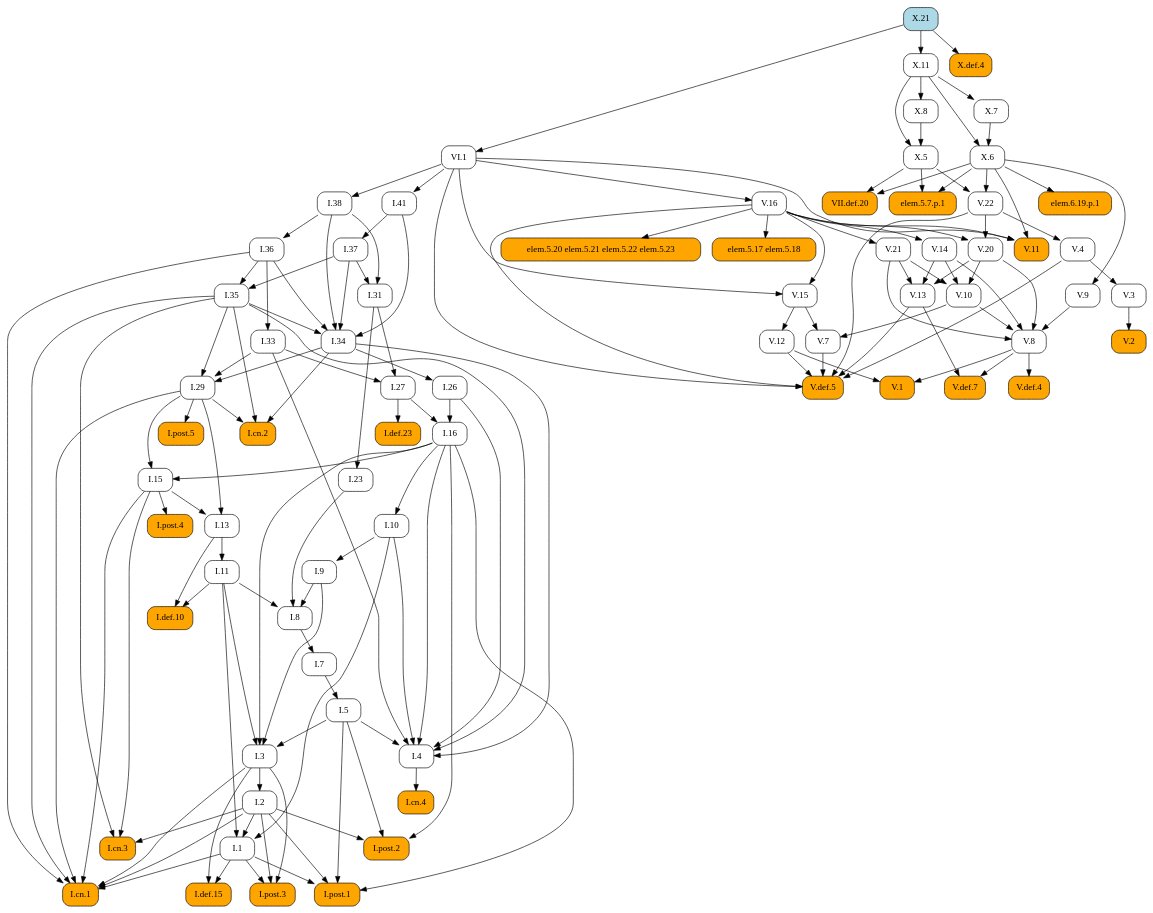
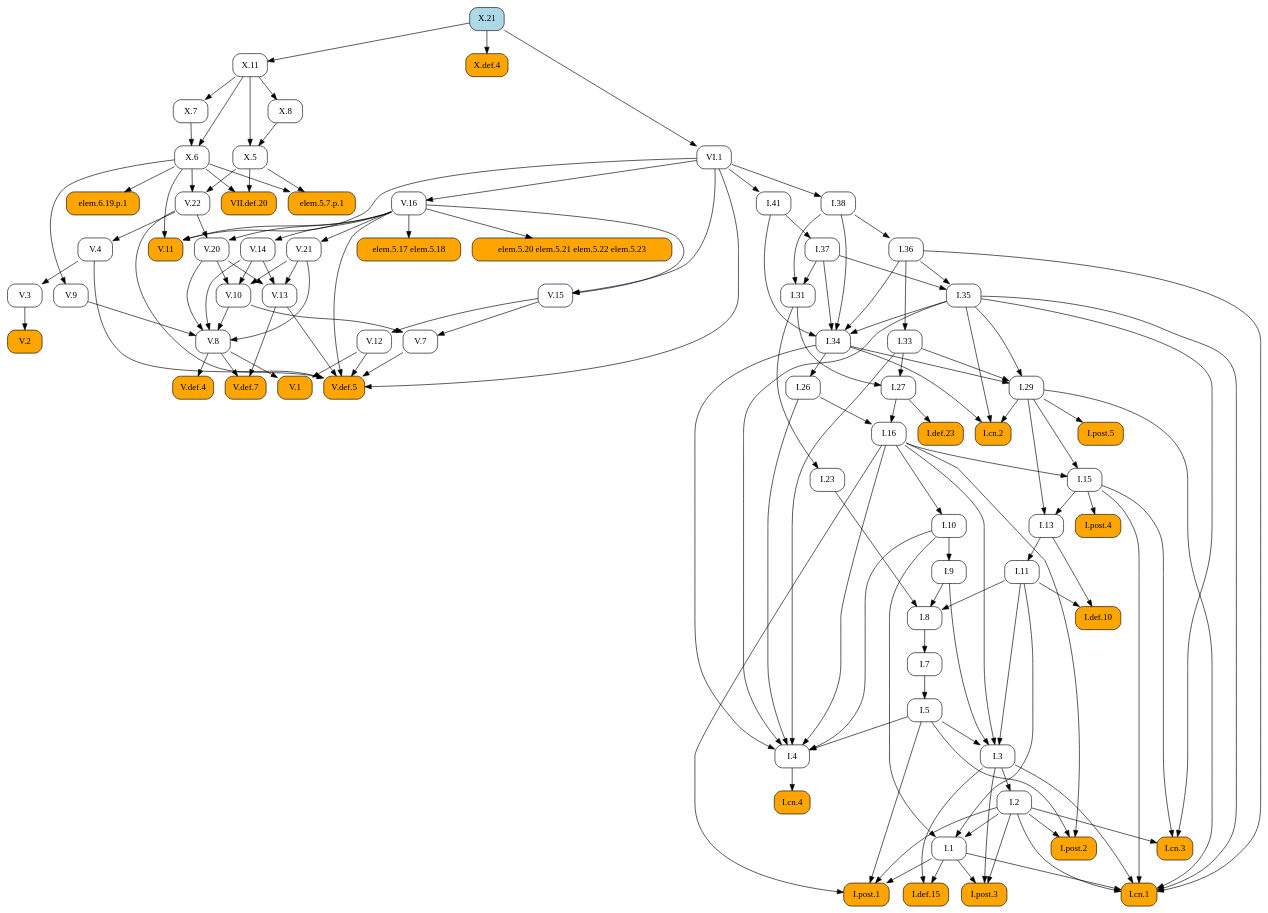
One commit to geometor/elements changed the diagram in docsrc/heath/X/21/index.rst. Above: the diagram before and after it, drawn with Graphviz. The commit also changed other lines of this file and 1029 other files, not shown here.

```diff
--- a/docsrc/heath/X/21/index.rst
+++ b/docsrc/heath/X/21/index.rst
@@ -53,115 +53,187 @@
    digraph {
      rankdir="TB";
      node [shape=box, style=rounded];
+     "I.def.10" [style="rounded,filled", fillcolor=orange, URL="/heath/I/def.10/", target="_top"];
+     "I.11" [URL="/heath/I/11/", target="_top"];
+     "I.post.4" [style="rounded,filled", fillcolor=orange, URL="/heath/I/post.4/", target="_top"];
+     "I.1" [URL="/heath/I/1/", target="_top"];
+     "V.def.5" [style="rounded,filled", fillcolor=orange, URL="/heath/V/def.5/", target="_top"];
+     "V.13" [URL="/heath/V/13/", target="_top"];
+     "V.11" [style="rounded,filled", fillcolor=orange, URL="/heath/V/11/", target="_top"];
+     "I.post.3" [style="rounded,filled", fillcolor=orange, URL="/heath/I/post.3/", target="_top"];
+     "VI.1" [URL="/heath/VI/1/", target="_top"];
+     "I.cn.3" [style="rounded,filled", fillcolor=orange, URL="/heath/I/cn.3/", target="_top"];
+     "V.16" [URL="/heath/V/16/", target="_top"];
+     "V.3" [URL="/heath/V/3/", target="_top"];
+     "X.7" [URL="/heath/X/7/", target="_top"];
+     "I.41" [URL="/heath/I/41/", target="_top"];
+     "I.36" [URL="/heath/I/36/", target="_top"];
+     "I.27" [URL="/heath/I/27/", target="_top"];
+     "V.8" [URL="/heath/V/8/", target="_top"];
+     "I.37" [URL="/heath/I/37/", target="_top"];
+     "I.34" [URL="/heath/I/34/", target="_top"];
+     "I.2" [URL="/heath/I/2/", target="_top"];
+     "I.def.23" [style="rounded,filled", fillcolor=orange, URL="/heath/I/def.23/", target="_top"];
+     "I.33" [URL="/heath/I/33/", target="_top"];
+     "I.post.2" [style="rounded,filled", fillcolor=orange, URL="/heath/I/post.2/", target="_top"];
+     "X.21" [style="rounded,filled", fillcolor=lightblue, URL="/heath/X/21/", target="_top"];
+     "elem.5.20 elem.5.21 elem.5.22 elem.5.23" [style="rounded,filled", fillcolor=orange];
+     "I.9" [URL="/heath/I/9/", target="_top"];
+     "X.def.4" [style="rounded,filled", fillcolor=orange, URL="/heath/X/def.4/", target="_top"];
+     "I.cn.4" [style="rounded,filled", fillcolor=orange, URL="/heath/I/cn.4/", target="_top"];
+     "V.def.4" [style="rounded,filled", fillcolor=orange, URL="/heath/V/def.4/", target="_top"];
+     "I.15" [URL="/heath/I/15/", target="_top"];
+     "I.38" [URL="/heath/I/38/", target="_top"];
+     "V.def.7" [style="rounded,filled", fillcolor=orange, URL="/heath/V/def.7/", target="_top"];
+     "VII.def.20" [style="rounded,filled", fillcolor=orange, URL="/heath/VII/def.20/", target="_top"];
+     "I.5" [URL="/heath/I/5/", target="_top"];
+     "V.21" [URL="/heath/V/21/", target="_top"];
+     "I.26" [URL="/heath/I/26/", target="_top"];
+     "V.14" [URL="/heath/V/14/", target="_top"];
+     "I.29" [URL="/heath/I/29/", target="_top"];
+     "V.12" [URL="/heath/V/12/", target="_top"];
+     "V.22" [URL="/heath/V/22/", target="_top"];
+     "I.cn.2" [style="rounded,filled", fillcolor=orange, URL="/heath/I/cn.2/", target="_top"];
+     "X.6" [URL="/heath/X/6/", target="_top"];
+     "X.8" [URL="/heath/X/8/", target="_top"];
+     "V.20" [URL="/heath/V/20/", target="_top"];
+     "V.10" [URL="/heath/V/10/", target="_top"];
+     "I.def.15" [style="rounded,filled", fillcolor=orange, URL="/heath/I/def.15/", target="_top"];
+     "V.15" [URL="/heath/V/15/", target="_top"];
+     "I.cn.1" [style="rounded,filled", fillcolor=orange, URL="/heath/I/cn.1/", target="_top"];
+     "V.7" [URL="/heath/V/7/", target="_top"];
+     "V.9" [URL="/heath/V/9/", target="_top"];
+     "I.23" [URL="/heath/I/23/", target="_top"];
+     "I.post.1" [style="rounded,filled", fillcolor=orange, URL="/heath/I/post.1/", target="_top"];
+     "elem.6.19.p.1" [style="rounded,filled", fillcolor=orange];
+     "I.35" [URL="/heath/I/35/", target="_top"];
+     "I.7" [URL="/heath/I/7/", target="_top"];
+     "I.3" [URL="/heath/I/3/", target="_top"];
+     "I.4" [URL="/heath/I/4/", target="_top"];
+     "I.13" [URL="/heath/I/13/", target="_top"];
+     "V.4" [URL="/heath/V/4/", target="_top"];
+     "elem.5.7.p.1" [style="rounded,filled", fillcolor=orange];
+     "I.31" [URL="/heath/I/31/", target="_top"];
      "V.1" [style="rounded,filled", fillcolor=orange, URL="/heath/V/1/", target="_top"];
-     "X.7" [URL="/heath/X/7/", target="_top"];
-     "I.29" [URL="/heath/I/29/", target="_top"];
-     "I.7" [URL="/heath/I/7/", target="_top"];
-     "I.27" [URL="/heath/I/27/", target="_top"];
-     "I.def.23" [style="rounded,filled", fillcolor=orange, URL="/heath/I/def.23/", target="_top"];
-     "V.20" [URL="/heath/V/20/", target="_top"];
-     "I.34" [URL="/heath/I/34/", target="_top"];
+     "I.16" [URL="/heath/I/16/", target="_top"];
+     "elem.5.17 elem.5.18" [style="rounded,filled", fillcolor=orange];
+     "X.5" [URL="/heath/X/5/", target="_top"];
+     "X.11" [URL="/heath/X/11/", target="_top"];
      "I.8" [URL="/heath/I/8/", target="_top"];
      "V.2" [style="rounded,filled", fillcolor=orange, URL="/heath/V/2/", target="_top"];
-     "I.9" [URL="/heath/I/9/", target="_top"];
-     "V.22" [URL="/heath/V/22/", target="_top"];
-     "elem.5.7.p.1" [style="rounded,filled", fillcolor=orange];
-     "I.post.4" [style="rounded,filled", fillcolor=orange, URL="/heath/I/post.4/", target="_top"];
-     "I.2" [URL="/heath/I/2/", target="_top"];
-     "V.4" [URL="/heath/V/4/", target="_top"];
-     "I.cn.4" [style="rounded,filled", fillcolor=orange, URL="/heath/I/cn.4/", target="_top"];
-     "X.8" [URL="/heath/X/8/", target="_top"];
-     "elem.5.20 elem.5.21 elem.5.22 elem.5.23" [style="rounded,filled", fillcolor=orange];
-     "I.23" [URL="/heath/I/23/", target="_top"];
-     "I.13" [URL="/heath/I/13/", target="_top"];
-     "I.5" [URL="/heath/I/5/", target="_top"];
-     "I.11" [URL="/heath/I/11/", target="_top"];
-     "X.6" [URL="/heath/X/6/", target="_top"];
-     "I.4" [URL="/heath/I/4/", target="_top"];
-     "I.def.10" [style="rounded,filled", fillcolor=orange, URL="/heath/I/def.10/", target="_top"];
-     "I.post.3" [style="rounded,filled", fillcolor=orange, URL="/heath/I/post.3/", target="_top"];
-     "V.9" [URL="/heath/V/9/", target="_top"];
-     "elem.5.17 elem.5.18" [style="rounded,filled", fillcolor=orange];
-     "V.3" [URL="/heath/V/3/", target="_top"];
-     "I.36" [URL="/heath/I/36/", target="_top"];
-     "V.12" [URL="/heath/V/12/", target="_top"];
-     "I.15" [URL="/heath/I/15/", target="_top"];
-     "I.41" [URL="/heath/I/41/", target="_top"];
-     "V.def.5" [style="rounded,filled", fillcolor=orange, URL="/heath/V/def.5/", target="_top"];
-     "I.cn.3" [style="rounded,filled", fillcolor=orange, URL="/heath/I/cn.3/", target="_top"];
-     "I.38" [URL="/heath/I/38/", target="_top"];
-     "V.16" [URL="/heath/V/16/", target="_top"];
-     "V.15" [URL="/heath/V/15/", target="_top"];
-     "V.def.4" [style="rounded,filled", fillcolor=orange, URL="/heath/V/def.4/", target="_top"];
-     "V.21" [URL="/heath/V/21/", target="_top"];
-     "V.8" [URL="/heath/V/8/", target="_top"];
-     "V.7" [URL="/heath/V/7/", target="_top"];
-     "I.1" [URL="/heath/I/1/", target="_top"];
-     "I.def.15" [style="rounded,filled", fillcolor=orange, URL="/heath/I/def.15/", target="_top"];
-     "V.13" [URL="/heath/V/13/", target="_top"];
-     "I.post.1" [style="rounded,filled", fillcolor=orange, URL="/heath/I/post.1/", target="_top"];
-     "X.5" [URL="/heath/X/5/", target="_top"];
-     "VII.def.20" [style="rounded,filled", fillcolor=orange, URL="/heath/VII/def.20/", target="_top"];
-     "elem.6.19.p.1" [style="rounded,filled", fillcolor=orange];
-     "I.26" [URL="/heath/I/26/", target="_top"];
-     "I.33" [URL="/heath/I/33/", target="_top"];
-     "X.11" [URL="/heath/X/11/", target="_top"];
-     "V.def.7" [style="rounded,filled", fillcolor=orange, URL="/heath/V/def.7/", target="_top"];
-     "I.cn.2" [style="rounded,filled", fillcolor=orange, URL="/heath/I/cn.2/", target="_top"];
-     "V.10" [URL="/heath/V/10/", target="_top"];
+     "I.post.5" [style="rounded,filled", fillcolor=orange, URL="/heath/I/post.5/", target="_top"];
      "I.10" [URL="/heath/I/10/", target="_top"];
-     "X.21" [style="rounded,filled", fillcolor=lightblue, URL="/heath/X/21/", target="_top"];
-     "I.3" [URL="/heath/I/3/", target="_top"];
-     "I.16" [URL="/heath/I/16/", target="_top"];
-     "I.31" [URL="/heath/I/31/", target="_top"];
-     "V.11" [style="rounded,filled", fillcolor=orange, URL="/heath/V/11/", target="_top"];
-     "I.post.2" [style="rounded,filled", fillcolor=orange, URL="/heath/I/post.2/", target="_top"];
-     "X.def.4" [style="rounded,filled", fillcolor=orange, URL="/heath/X/def.4/", target="_top"];
-     "VI.1" [URL="/heath/VI/1/", target="_top"];
-     "I.post.5" [style="rounded,filled", fillcolor=orange, URL="/heath/I/post.5/", target="_top"];
-     "I.35" [URL="/heath/I/35/", target="_top"];
-     "I.cn.1" [style="rounded,filled", fillcolor=orange, URL="/heath/I/cn.1/", target="_top"];
-     "I.37" [URL="/heath/I/37/", target="_top"];
-     "V.14" [URL="/heath/V/14/", target="_top"];
-     "V.8" -> "V.1";
-     "V.12" -> "V.1";
+     "I.11" -> "I.def.10";
+     "I.13" -> "I.def.10";
+     "I.13" -> "I.11";
+     "I.15" -> "I.post.4";
+     "I.2" -> "I.1";
+     "I.10" -> "I.1";
+     "I.11" -> "I.1";
+     "V.4" -> "V.def.5";
+     "V.7" -> "V.def.5";
+     "V.12" -> "V.def.5";
+     "V.13" -> "V.def.5";
+     "V.16" -> "V.def.5";
+     "V.22" -> "V.def.5";
+     "VI.1" -> "V.def.5";
+     "V.14" -> "V.13";
+     "V.20" -> "V.13";
+     "V.21" -> "V.13";
+     "V.16" -> "V.11";
+     "VI.1" -> "V.11";
+     "X.6" -> "V.11";
+     "I.1" -> "I.post.3";
+     "I.2" -> "I.post.3";
+     "I.3" -> "I.post.3";
+     "X.21" -> "VI.1";
+     "I.2" -> "I.cn.3";
+     "I.15" -> "I.cn.3";
+     "I.35" -> "I.cn.3";
+     "VI.1" -> "V.16";
+     "V.4" -> "V.3";
      "X.11" -> "X.7";
-     "I.33" -> "I.29";
-     "I.34" -> "I.29";
-     "I.35" -> "I.29";
-     "I.8" -> "I.7";
+     "VI.1" -> "I.41";
+     "I.38" -> "I.36";
      "I.31" -> "I.27";
      "I.33" -> "I.27";
-     "I.27" -> "I.def.23";
-     "V.16" -> "V.20";
-     "V.22" -> "V.20";
+     "V.9" -> "V.8";
+     "V.10" -> "V.8";
+     "V.14" -> "V.8";
+     "V.20" -> "V.8";
+     "V.21" -> "V.8";
+     "I.41" -> "I.37";
      "I.35" -> "I.34";
      "I.36" -> "I.34";
      "I.37" -> "I.34";
      "I.38" -> "I.34";
      "I.41" -> "I.34";
-     "I.9" -> "I.8";
-     "I.11" -> "I.8";
-     "I.23" -> "I.8";
-     "V.3" -> "V.2";
+     "I.3" -> "I.2";
+     "I.27" -> "I.def.23";
+     "I.36" -> "I.33";
+     "I.2" -> "I.post.2";
+     "I.5" -> "I.post.2";
+     "I.16" -> "I.post.2";
+     "V.16" -> "elem.5.20 elem.5.21 elem.5.22 elem.5.23";
      "I.10" -> "I.9";
+     "X.21" -> "X.def.4";
+     "I.4" -> "I.cn.4";
+     "V.8" -> "V.def.4";
+     "I.16" -> "I.15";
+     "I.29" -> "I.15";
+     "VI.1" -> "I.38";
+     "V.8" -> "V.def.7";
+     "V.13" -> "V.def.7";
+     "X.5" -> "VII.def.20";
+     "X.6" -> "VII.def.20";
+     "I.7" -> "I.5";
+     "V.16" -> "V.21";
+     "I.34" -> "I.26";
+     "V.16" -> "V.14";
+     "I.33" -> "I.29";
+     "I.34" -> "I.29";
+     "I.35" -> "I.29";
+     "V.15" -> "V.12";
      "X.5" -> "V.22";
      "X.6" -> "V.22";
-     "X.5" -> "elem.5.7.p.1";
-     "X.6" -> "elem.5.7.p.1";
-     "I.15" -> "I.post.4";
-     "I.3" -> "I.2";
-     "V.22" -> "V.4";
-     "I.4" -> "I.cn.4";
-     "X.11" -> "X.8";
-     "V.16" -> "elem.5.20 elem.5.21 elem.5.22 elem.5.23";
-     "I.31" -> "I.23";
-     "I.15" -> "I.13";
-     "I.29" -> "I.13";
-     "I.7" -> "I.5";
-     "I.13" -> "I.11";
+     "I.29" -> "I.cn.2";
+     "I.34" -> "I.cn.2";
+     "I.35" -> "I.cn.2";
      "X.7" -> "X.6";
      "X.11" -> "X.6";
+     "X.11" -> "X.8";
+     "V.16" -> "V.20";
+     "V.22" -> "V.20";
+     "V.14" -> "V.10";
+     "V.20" -> "V.10";
+     "V.21" -> "V.10";
+     "I.1" -> "I.def.15";
+     "I.3" -> "I.def.15";
+     "V.16" -> "V.15";
+     "VI.1" -> "V.15";
+     "I.1" -> "I.cn.1";
+     "I.2" -> "I.cn.1";
+     "I.3" -> "I.cn.1";
+     "I.15" -> "I.cn.1";
+     "I.29" -> "I.cn.1";
+     "I.35" -> "I.cn.1";
+     "I.36" -> "I.cn.1";
+     "V.10" -> "V.7";
+     "V.15" -> "V.7";
+     "X.6" -> "V.9";
+     "I.31" -> "I.23";
+     "I.1" -> "I.post.1";
+     "I.2" -> "I.post.1";
+     "I.5" -> "I.post.1";
+     "I.16" -> "I.post.1";
+     "X.6" -> "elem.6.19.p.1";
+     "I.36" -> "I.35";
+     "I.37" -> "I.35";
+     "I.8" -> "I.7";
+     "I.5" -> "I.3";
+     "I.9" -> "I.3";
+     "I.11" -> "I.3";
+     "I.16" -> "I.3";
      "I.5" -> "I.4";
      "I.10" -> "I.4";
      "I.16" -> "I.4";
@@ -169,97 +241,25 @@
      "I.33" -> "I.4";
      "I.34" -> "I.4";
      "I.35" -> "I.4";
-     "I.11" -> "I.def.10";
-     "I.13" -> "I.def.10";
-     "I.1" -> "I.post.3";
-     "I.2" -> "I.post.3";
-     "I.3" -> "I.post.3";
-     "X.6" -> "V.9";
+     "I.15" -> "I.13";
+     "I.29" -> "I.13";
+     "V.22" -> "V.4";
+     "X.5" -> "elem.5.7.p.1";
+     "X.6" -> "elem.5.7.p.1";
+     "I.37" -> "I.31";
+     "I.38" -> "I.31";
+     "V.8" -> "V.1";
+     "V.12" -> "V.1";
+     "I.26" -> "I.16";
+     "I.27" -> "I.16";
      "V.16" -> "elem.5.17 elem.5.18";
-     "V.4" -> "V.3";
-     "I.38" -> "I.36";
-     "V.15" -> "V.12";
-     "I.16" -> "I.15";
-     "I.29" -> "I.15";
-     "VI.1" -> "I.41";
-     "V.4" -> "V.def.5";
-     "V.7" -> "V.def.5";
-     "V.12" -> "V.def.5";
-     "V.13" -> "V.def.5";
-     "V.16" -> "V.def.5";
-     "V.22" -> "V.def.5";
-     "VI.1" -> "V.def.5";
-     "I.2" -> "I.cn.3";
-     "I.15" -> "I.cn.3";
-     "I.35" -> "I.cn.3";
-     "VI.1" -> "I.38";
-     "VI.1" -> "V.16";
-     "V.16" -> "V.15";
-     "VI.1" -> "V.15";
-     "V.8" -> "V.def.4";
-     "V.16" -> "V.21";
-     "V.9" -> "V.8";
-     "V.10" -> "V.8";
-     "V.14" -> "V.8";
-     "V.20" -> "V.8";
-     "V.21" -> "V.8";
-     "V.10" -> "V.7";
-     "V.15" -> "V.7";
-     "I.2" -> "I.1";
-     "I.10" -> "I.1";
-     "I.11" -> "I.1";
-     "I.1" -> "I.def.15";
-     "I.3" -> "I.def.15";
-     "V.14" -> "V.13";
-     "V.20" -> "V.13";
-     "V.21" -> "V.13";
-     "I.1" -> "I.post.1";
-     "I.2" -> "I.post.1";
-     "I.5" -> "I.post.1";
-     "I.16" -> "I.post.1";
      "X.8" -> "X.5";
      "X.11" -> "X.5";
-     "X.5" -> "VII.def.20";
-     "X.6" -> "VII.def.20";
-     "X.6" -> "elem.6.19.p.1";
-     "I.34" -> "I.26";
-     "I.36" -> "I.33";
      "X.21" -> "X.11";
-     "V.8" -> "V.def.7";
-     "V.13" -> "V.def.7";
-     "I.29" -> "I.cn.2";
-     "I.34" -> "I.cn.2";
-     "I.35" -> "I.cn.2";
-     "V.14" -> "V.10";
-     "V.20" -> "V.10";
-     "V.21" -> "V.10";
+     "I.9" -> "I.8";
+     "I.11" -> "I.8";
+     "I.23" -> "I.8";
+     "V.3" -> "V.2";
+     "I.29" -> "I.post.5";
      "I.16" -> "I.10";
-     "I.5" -> "I.3";
-     "I.9" -> "I.3";
-     "I.11" -> "I.3";
-     "I.16" -> "I.3";
-     "I.26" -> "I.16";
-     "I.27" -> "I.16";
-     "I.37" -> "I.31";
-     "I.38" -> "I.31";
-     "V.16" -> "V.11";
-     "VI.1" -> "V.11";
-     "X.6" -> "V.11";
-     "I.2" -> "I.post.2";
-     "I.5" -> "I.post.2";
-     "I.16" -> "I.post.2";
-     "X.21" -> "X.def.4";
-     "X.21" -> "VI.1";
-     "I.29" -> "I.post.5";
-     "I.36" -> "I.35";
-     "I.37" -> "I.35";
-     "I.1" -> "I.cn.1";
-     "I.2" -> "I.cn.1";
-     "I.3" -> "I.cn.1";
-     "I.15" -> "I.cn.1";
-     "I.29" -> "I.cn.1";
-     "I.35" -> "I.cn.1";
-     "I.36" -> "I.cn.1";
-     "I.41" -> "I.37";
-     "V.16" -> "V.14";
    }
```
